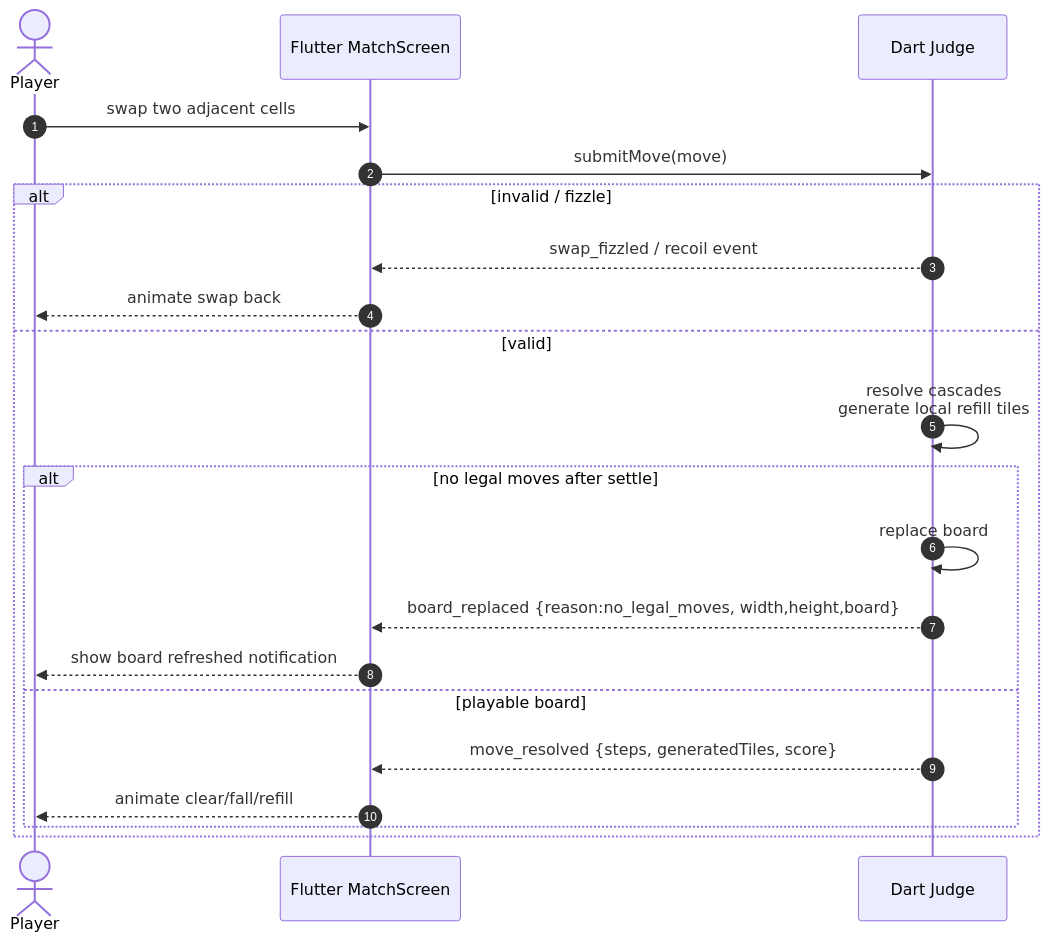
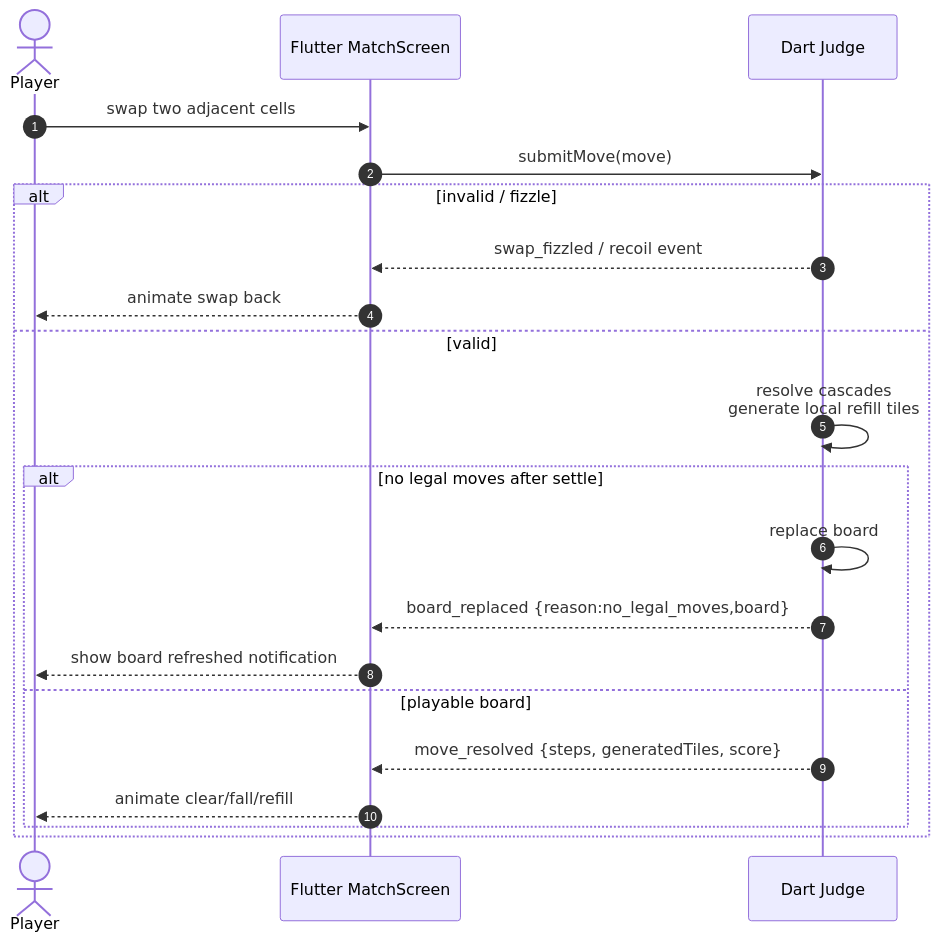
Before and after one commit to BuiHoangTu/match3-competitive-fe: the fourth of 11 diagrams in specification/system-design.md, drawn with Mermaid. The commit also changed other lines of this file and 11 other files, not shown here.

````diff
--- a/specification/system-design.md
+++ b/specification/system-design.md
@@ -258,23 +258,23 @@
 ```mermaid
 sequenceDiagram
     autonumber
     actor Player
     participant UI as Flutter MatchScreen
     participant Judge as Dart Judge
     Player->>UI: swap two adjacent cells
     UI->>Judge: submitMove(move)
     alt invalid / fizzle
         Judge-->>UI: swap_fizzled / recoil event
         UI-->>Player: animate swap back
     else valid
         Judge->>Judge: resolve cascades<br/>generate local refill tiles
         alt no legal moves after settle
             Judge->>Judge: replace board
-            Judge-->>UI: board_replaced {reason:no_legal_moves, width,height,board}
+            Judge-->>UI: board_replaced {reason:no_legal_moves,board}
             UI-->>Player: show board refreshed notification
         else playable board
             Judge-->>UI: move_resolved {steps, generatedTiles, score}
             UI-->>Player: animate clear/fall/refill
         end
     end
 ```
````
